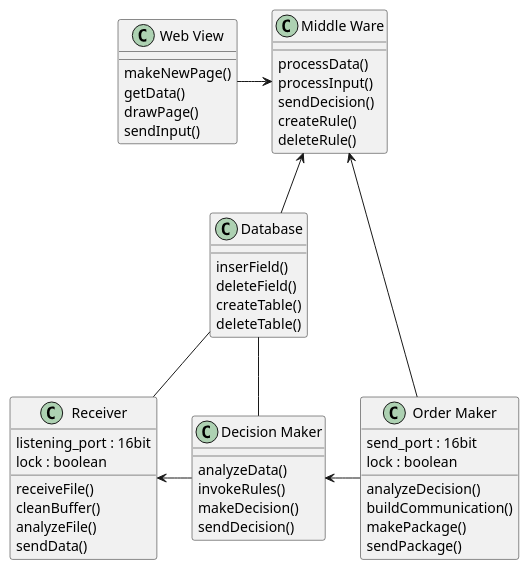
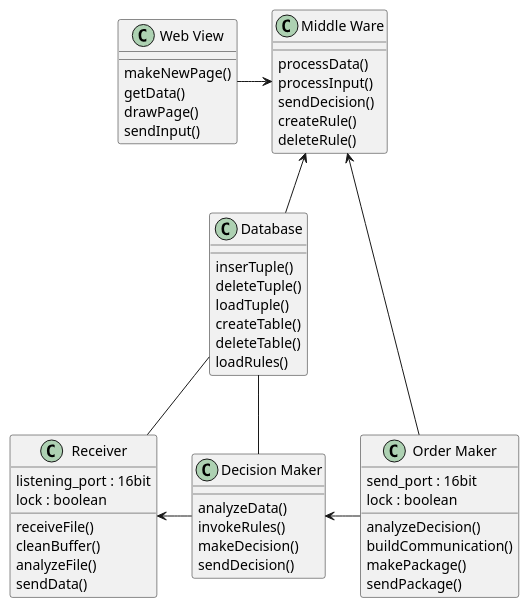
Before and after one commit to wzyskylake/Star-Fire: the diagram in Design/SystemDesign/ClassDiagram_2.wsd, drawn with PlantUML. The commit also changed 4 other files, not shown here.

```diff
--- a/Design/SystemDesign/ClassDiagram_2.wsd
+++ b/Design/SystemDesign/ClassDiagram_2.wsd
@@ -1,58 +1,60 @@
 @startuml 服务器类图
 
 class "Receiver" as receiver {
     listening_port : 16bit 
     lock : boolean
     receiveFile()
     cleanBuffer()
     analyzeFile()
     sendData()
 }
 
 class "Decision Maker" as decisionmaker {
     analyzeData()
     invokeRules()
     makeDecision()
     sendDecision()
 }
 
 class "Order Maker" as ordermaker {
     send_port : 16bit
     lock : boolean
     analyzeDecision()
     buildCommunication()
     makePackage()
     sendPackage()
 }
 
 class "Database" as database {
-    inserField()
-    deleteField()
+    inserTuple()
+    deleteTuple()
+    loadTuple()
     createTable()
     deleteTable()
+    loadRules()
 }
 
 class "Web View" as webview {
     makeNewPage()
     getData()
     drawPage()
     sendInput()
 }
 
 class "Middle Ware" as middleware {
     processData()
     processInput()
     sendDecision()
     createRule()
     deleteRule()
 }
 
 receiver <- decisionmaker
 decisionmaker <- ordermaker
 receiver -up- database
 decisionmaker -up- database 
 webview -right-> middleware
 database -up-> middleware
 ordermaker -up-> middleware
 
 @enduml
```
